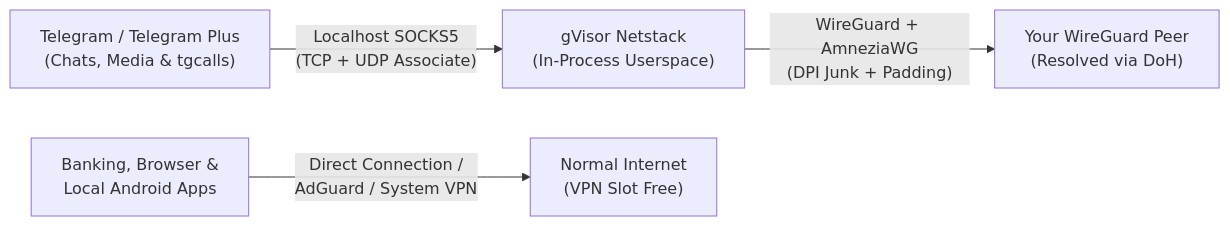
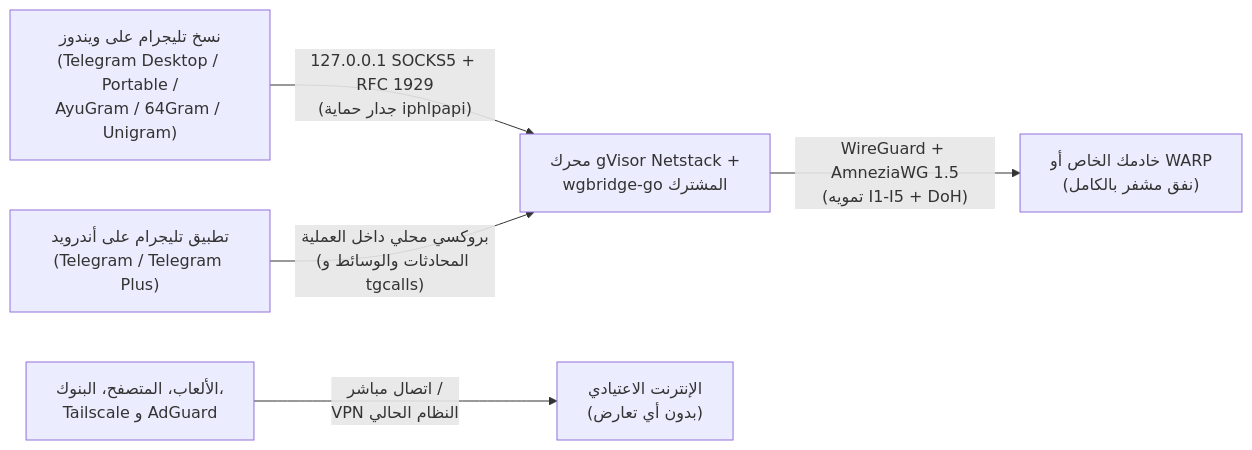
The diagram in README.ar.md (AliHaider704/wgplus), drawn with Mermaid before and after one commit. The commit also changed other lines of this file and 64 other files, not shown here.

Commit message:
feat(windows): add WireGuard Plus for Windows desktop, AWG 1.5 engine, docs and v1.6.0 assets

````diff
--- a/README.ar.md
+++ b/README.ar.md
@@ -68,6 +106,7 @@
 ```mermaid
 flowchart LR
-    TG["Telegram / Telegram Plus<br/>(Chats, Media & tgcalls)"] -->|"Localhost SOCKS5<br/>(TCP + UDP Associate)"| GS["gVisor Netstack<br/>(In-Process Userspace)"]
-    GS -->|"WireGuard + AmneziaWG<br/>(DPI Junk + Padding)"| EP["Your WireGuard Peer<br/>(Resolved via DoH)"]
-    OTHER["Banking, Browser &<br/>Local Android Apps"] -->|"Direct Connection /<br/>AdGuard / System VPN"| NET["Normal Internet<br/>(VPN Slot Free)"]
+    WIN["نسخ تليجرام على ويندوز<br/>(Telegram Desktop / Portable /<br/>AyuGram / 64Gram / Unigram)"] -->|"127.0.0.1 SOCKS5 + RFC 1929<br/>(جدار حماية iphlpapi)"| GS["محرك gVisor Netstack +<br/>wgbridge-go المشترك"]
+    AND["تطبيق تليجرام على أندرويد<br/>(Telegram / Telegram Plus)"] -->|"بروكسي محلي داخل العملية<br/>(المحادثات والوسائط و tgcalls)"| GS
+    GS -->|"WireGuard + AmneziaWG 1.5<br/>(تمويه I1-I5 + DoH)"| EP["خادمك الخاص أو WARP<br/>(نفق مشفر بالكامل)"]
+    OTHER["الألعاب، المتصفح، البنوك،<br/>Tailscale و AdGuard"] -->|"اتصال مباشر /<br/>VPN النظام الحالي"| NET["الإنترنت الاعتيادي<br/>(بدون أي تعارض)"]
 ```
````
